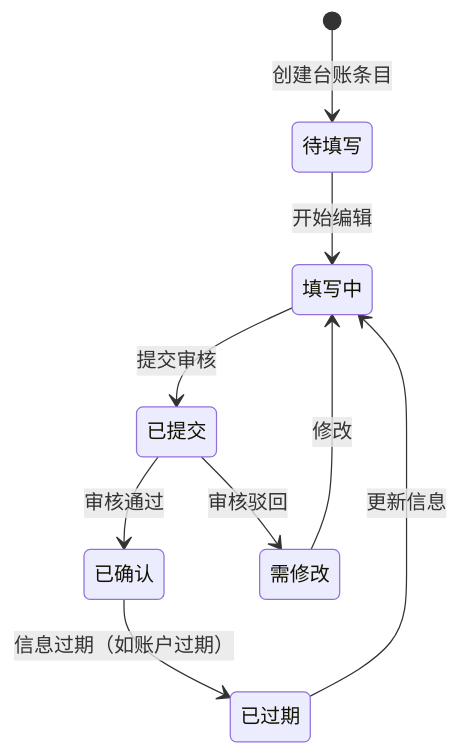
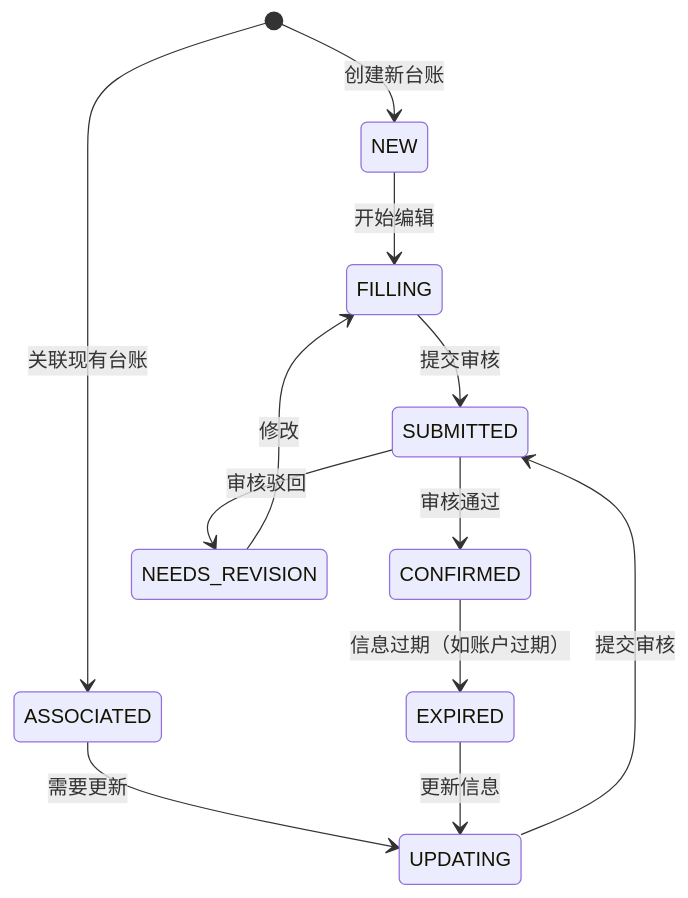
The tenth of 17 diagrams in docs/workflow/business-flow.md (vickiechen1128/CRTAssistant_demo), drawn with Mermaid before and after one commit. The commit also changed other lines of this file and 19 other files, not shown here.

````diff
--- a/docs/workflow/business-flow.md
+++ b/docs/workflow/business-flow.md
@@ -180,11 +295,14 @@
 ```mermaid
 stateDiagram-v2
-    [*] --> 待填写: 创建台账条目
-    待填写 --> 填写中: 开始编辑
-    填写中 --> 已提交: 提交审核
-    已提交 --> 已确认: 审核通过
-    已提交 --> 需修改: 审核驳回
-    需修改 --> 填写中: 修改
-    已确认 --> 已过期: 信息过期（如账户过期）
-    已过期 --> 填写中: 更新信息
+    [*] --> NEW: 创建新台账
+    [*] --> ASSOCIATED: 关联现有台账
+    NEW --> FILLING: 开始编辑
+    ASSOCIATED --> UPDATING: 需要更新
+    FILLING --> SUBMITTED: 提交审核
+    UPDATING --> SUBMITTED: 提交审核
+    SUBMITTED --> CONFIRMED: 审核通过
+    SUBMITTED --> NEEDS_REVISION: 审核驳回
+    NEEDS_REVISION --> FILLING: 修改
+    CONFIRMED --> EXPIRED: 信息过期（如账户过期）
+    EXPIRED --> UPDATING: 更新信息
 ```
````
